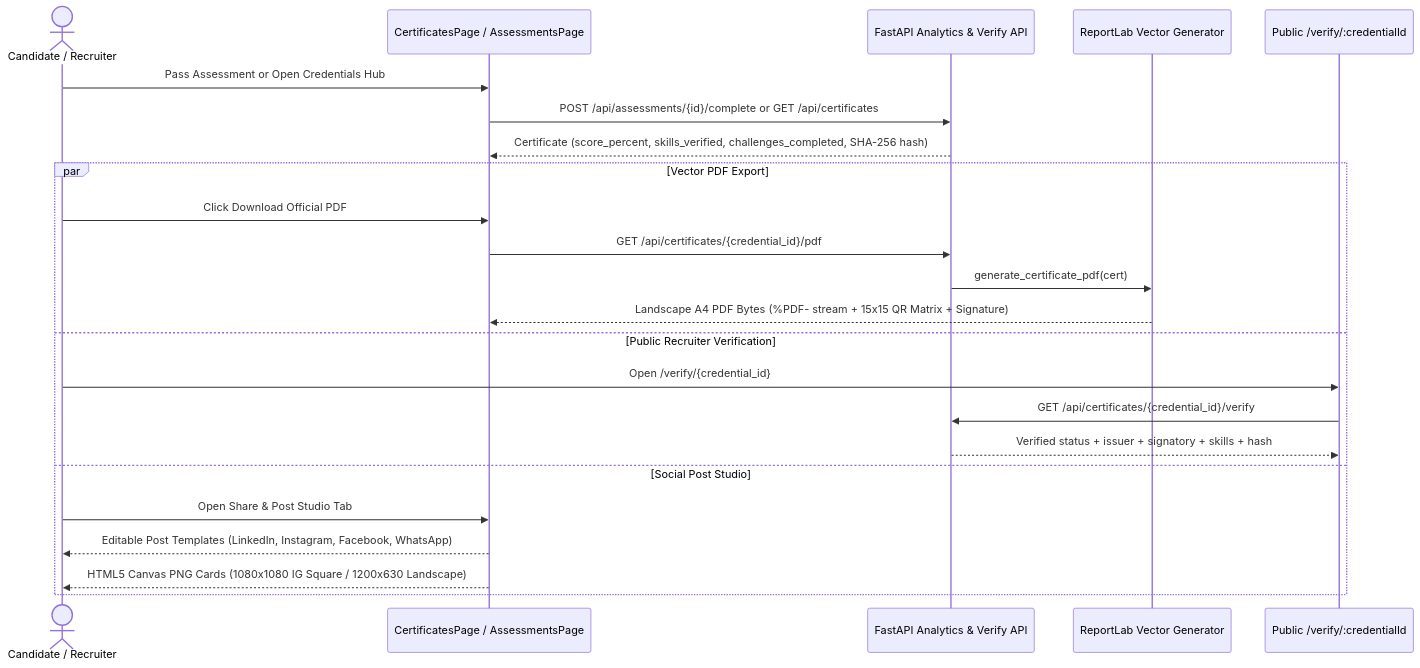
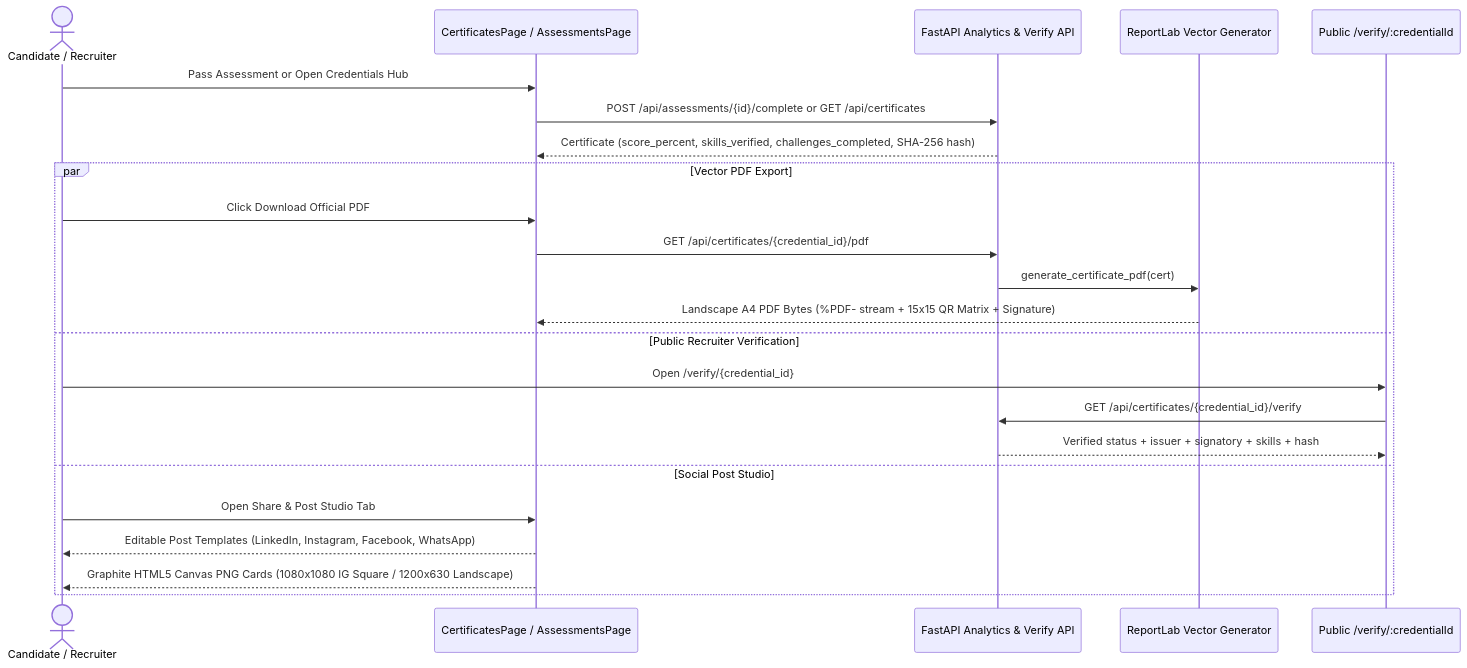
The second of 2 diagrams in wiki/Security-and-Credentials.md (Ranjeet7680/AI-Powered-Coding-Challenge-Developer-Assessment-Platform), drawn with Mermaid before and after one commit. The commit also changed 8 other files, not shown here.

Commit message:
docs(readme,wiki): update documentation, SVG headers, and architecture wiki

````diff
--- a/wiki/Security-and-Credentials.md
+++ b/wiki/Security-and-Credentials.md
@@ -48,27 +48,27 @@
 ```mermaid
 sequenceDiagram
   actor Dev as Candidate / Recruiter
   participant App as CertificatesPage / AssessmentsPage
   participant API as FastAPI Analytics & Verify API
   participant PDF as ReportLab Vector Generator
   participant Verify as Public /verify/:credentialId
 
   Dev->>App: Pass Assessment or Open Credentials Hub
   App->>API: POST /api/assessments/{id}/complete or GET /api/certificates
   API-->>App: Certificate (score_percent, skills_verified, challenges_completed, SHA-256 hash)
 
   par Vector PDF Export
     Dev->>App: Click Download Official PDF
     App->>API: GET /api/certificates/{credential_id}/pdf
     API->>PDF: generate_certificate_pdf(cert)
     PDF-->>App: Landscape A4 PDF Bytes (%PDF- stream + 15x15 QR Matrix + Signature)
   and Public Recruiter Verification
     Dev->>Verify: Open /verify/{credential_id}
     Verify->>API: GET /api/certificates/{credential_id}/verify
     API-->>Verify: Verified status + issuer + signatory + skills + hash
   and Social Post Studio
     Dev->>App: Open Share & Post Studio Tab
     App-->>Dev: Editable Post Templates (LinkedIn, Instagram, Facebook, WhatsApp)
-    App-->>Dev: HTML5 Canvas PNG Cards (1080x1080 IG Square / 1200x630 Landscape)
+    App-->>Dev: Graphite HTML5 Canvas PNG Cards (1080x1080 IG Square / 1200x630 Landscape)
   end
 ```
````
